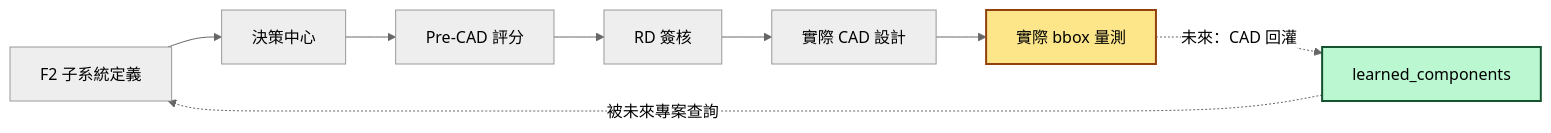
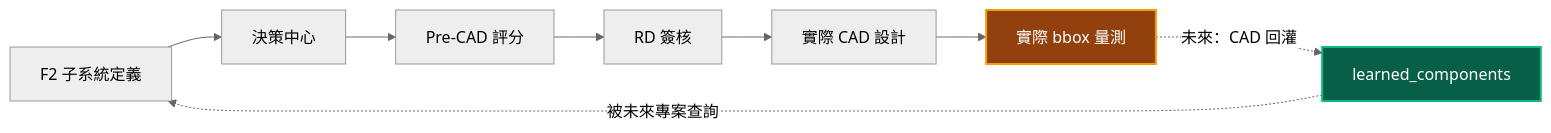
Before and after one commit to Zenobia0000/RD_copilot_system: diagram 26 of 26 in docs/01-define/diagrams/appendix-a--forward-subsystem-discovery.md, drawn with Mermaid. The commit also changed other lines of this file and 10 other files, not shown here.

First line of the commit message:
docs(diagrams): Gate 審計修復 + diagrams 缺失補齊 + Mermaid 暗色配色

````diff
--- a/docs/01-define/diagrams/appendix-a--forward-subsystem-discovery.md
+++ b/docs/01-define/diagrams/appendix-a--forward-subsystem-discovery.md
@@ -1119,14 +1119,14 @@
 ```mermaid
 %%{init: {'theme': 'neutral'}}%%
 flowchart LR
     A[F2 子系統定義] --> B[決策中心]
     B --> C[Pre-CAD 評分]
     C --> D[RD 簽核]
     D --> E[實際 CAD 設計]
     E --> F[實際 bbox 量測]
     F -.->|未來：CAD 回灌| G[learned_components]
     G -.->|被未來專案查詢| A
 
-    style F fill:#fde68a,stroke:#92400e,stroke-width:2px,color:#000
-    style G fill:#bbf7d0,stroke:#14532d,stroke-width:2px,color:#000
+    style F fill:#92400E,color:#fff,stroke:#F59E0B,stroke-width:2px
+    style G fill:#065F46,color:#fff,stroke:#10B981,stroke-width:2px
 ```
````
